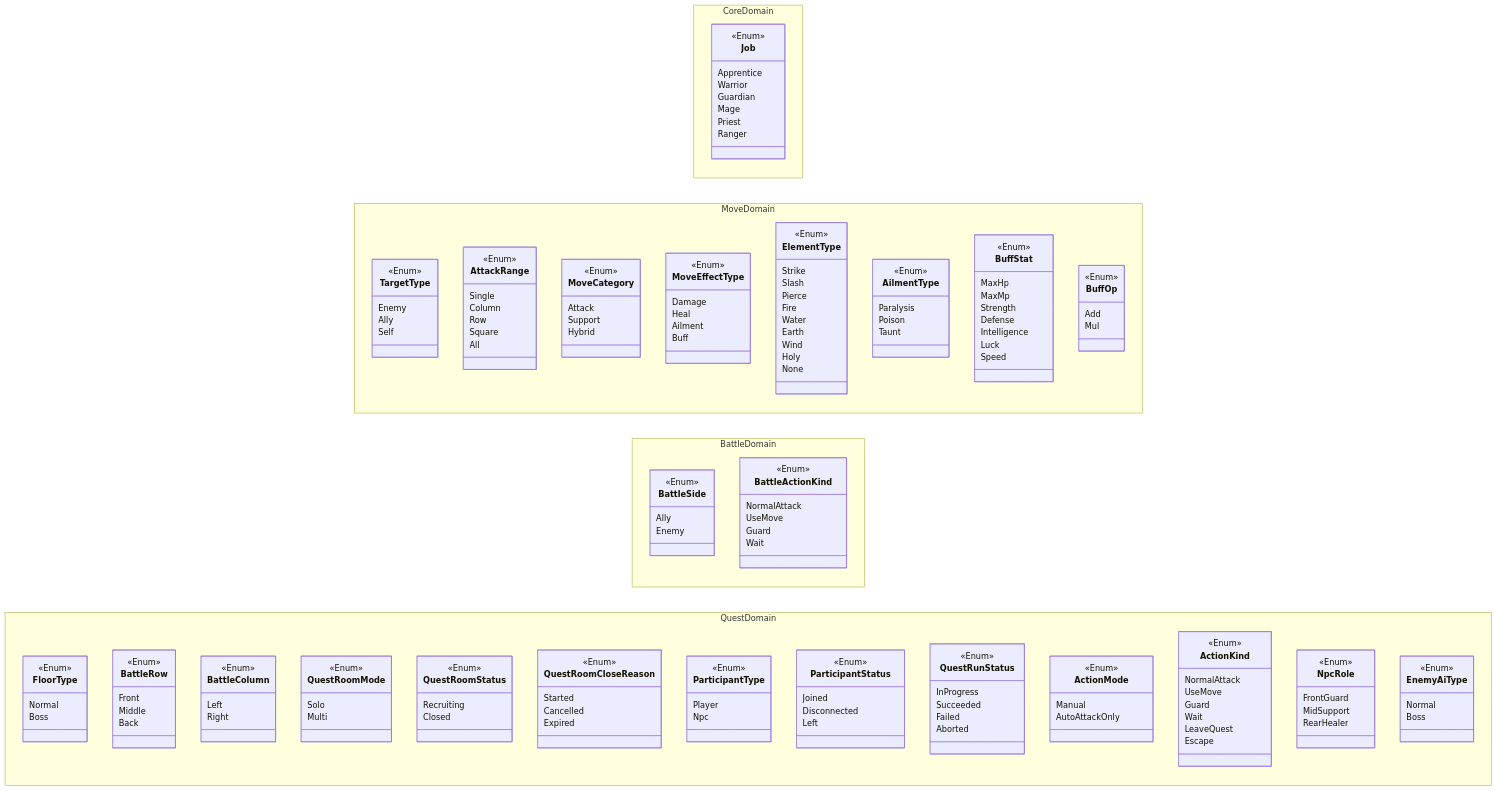
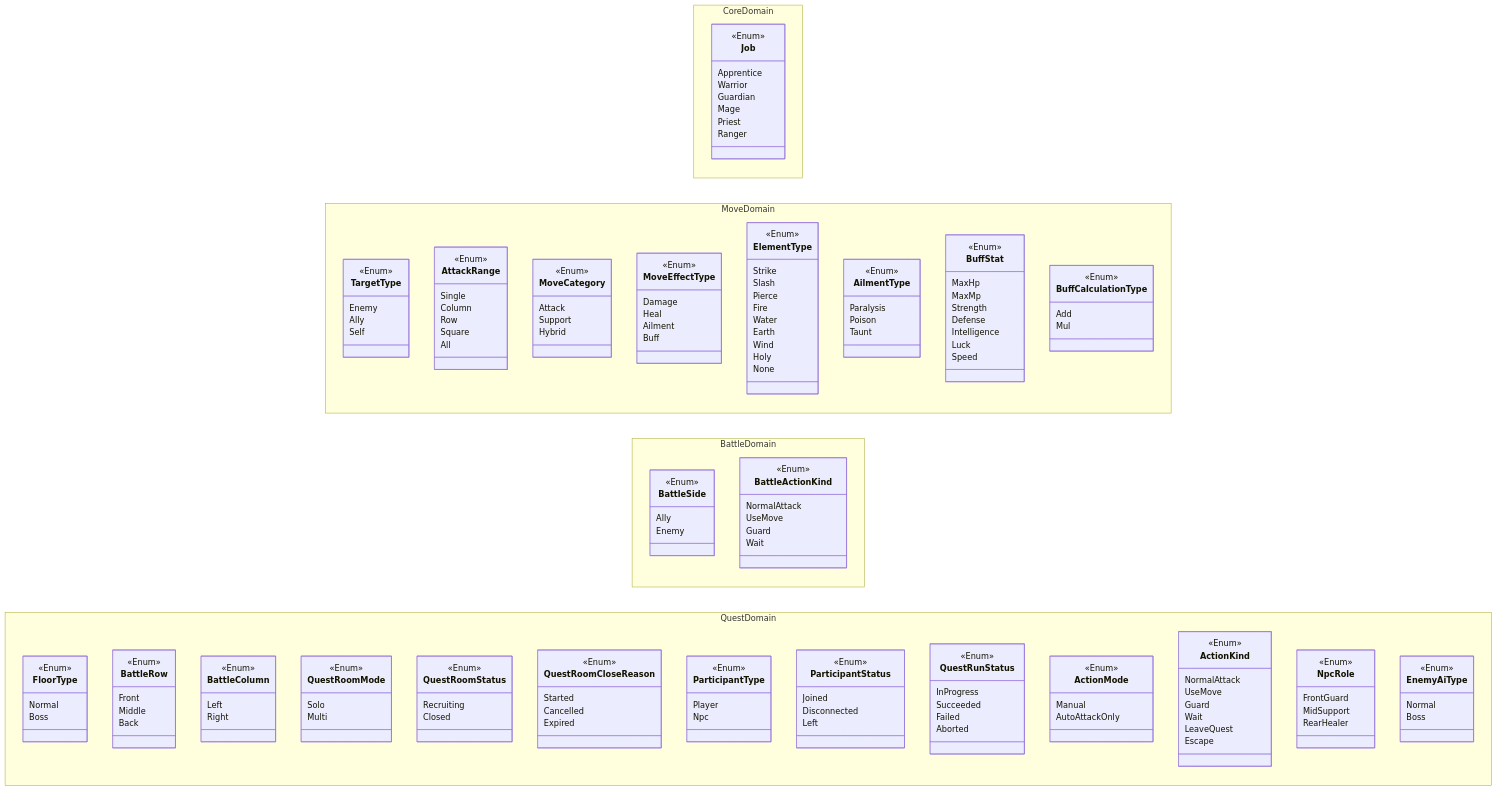
One commit to ayumu203/nisekue changed the diagram in docs/MMD21_Enum.mmd. Above: the diagram before and after it, drawn with Mermaid. The commit also changed 21 other files, not shown here.

```diff
--- a/docs/MMD21_Enum.mmd
+++ b/docs/MMD21_Enum.mmd
@@ -1,189 +1,189 @@
 classDiagram
     direction LR
     namespace CoreDomain {
         class Job {
             <<Enum>>
             Apprentice
             Warrior
             Guardian
             Mage
             Priest
             Ranger
         }
     }
 
     namespace MoveDomain {
         class TargetType {
             <<Enum>>
             Enemy
             Ally
             Self
         }
 
         class AttackRange {
             <<Enum>>
             Single
             Column
             Row
             Square
             All
         }
 
         class MoveCategory {
             <<Enum>>
             Attack
             Support
             Hybrid
         }
 
         class MoveEffectType {
             <<Enum>>
             Damage
             Heal
             Ailment
             Buff
         }
 
         class ElementType {
             <<Enum>>
             Strike
             Slash
             Pierce
             Fire
             Water
             Earth
             Wind
             Holy
             None
         }
 
         class AilmentType {
             <<Enum>>
             Paralysis
             Poison
             Taunt
         }
 
         class BuffStat {
             <<Enum>>
             MaxHp
             MaxMp
             Strength
             Defense
             Intelligence
             Luck
             Speed
         }
 
-        class BuffOp {
+        class BuffCalculationType {
             <<Enum>>
             Add
             Mul
         }
     }
 
     namespace BattleDomain {
         class BattleSide {
             <<Enum>>
             Ally
             Enemy
         }
 
         class BattleActionKind {
             <<Enum>>
             NormalAttack
             UseMove
             Guard
             Wait
         }
     }
 
     namespace QuestDomain {
         class FloorType {
             <<Enum>>
             Normal
             Boss
         }
 
         class BattleRow {
             <<Enum>>
             Front
             Middle
             Back
         }
 
         class BattleColumn {
             <<Enum>>
             Left
             Right
         }
 
         class QuestRoomMode {
             <<Enum>>
             Solo
             Multi
         }
 
         class QuestRoomStatus {
             <<Enum>>
             Recruiting
             Closed
         }
 
         class QuestRoomCloseReason {
             <<Enum>>
             Started
             Cancelled
             Expired
         }
 
         class ParticipantType {
             <<Enum>>
             Player
             Npc
         }
 
         class ParticipantStatus {
             <<Enum>>
             Joined
             Disconnected
             Left
         }
 
         class QuestRunStatus {
             <<Enum>>
             InProgress
             Succeeded
             Failed
             Aborted
         }
 
         class ActionMode {
             <<Enum>>
             Manual
             AutoAttackOnly
         }
 
         class ActionKind {
             <<Enum>>
             NormalAttack
             UseMove
             Guard
             Wait
             LeaveQuest
             Escape
         }
 
         class NpcRole {
             <<Enum>>
             FrontGuard
             MidSupport
             RearHealer
         }
 
         class EnemyAiType {
             <<Enum>>
             Normal
             Boss
         }
     }
```
